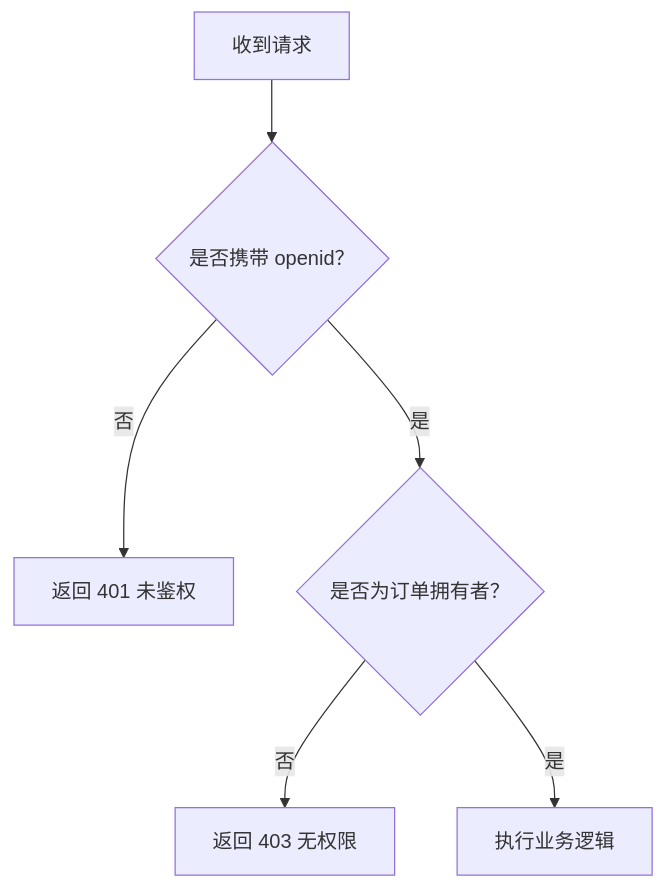
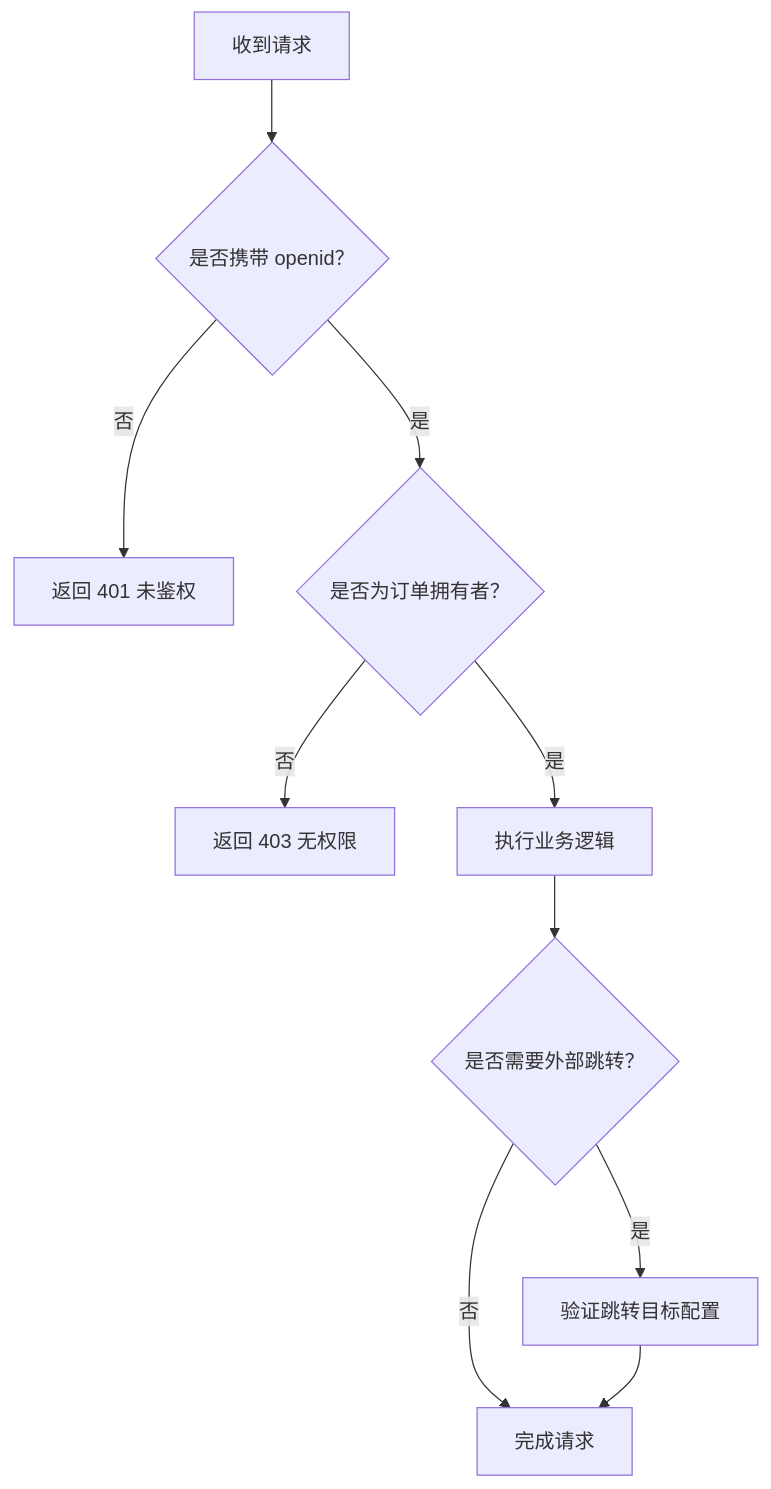
The sixth of 10 diagrams in .qoder/repowiki/zh/content/云端服务/SKILL服务端点/星巴克咖啡SKILL.md (Ichi-Hackton/WAIC-WeChat-MiniProgram), drawn with Mermaid before and after one commit. The commit also changed other lines of this file and 26 other files, not shown here.

````diff
--- a/.qoder/repowiki/zh/content/云端服务/SKILL服务端点/星巴克咖啡SKILL.md
+++ b/.qoder/repowiki/zh/content/云端服务/SKILL服务端点/星巴克咖啡SKILL.md
@@ -283,8 +351,12 @@
 ```mermaid
 flowchart TD
 Req["收到请求"] --> HasOpenID{"是否携带 openid？"}
 HasOpenID --> |否| Unauthorized["返回 401 未鉴权"]
 HasOpenID --> |是| CheckOwner{"是否为订单拥有者？"}
 CheckOwner --> |否| Forbidden["返回 403 无权限"]
 CheckOwner --> |是| Proceed["执行业务逻辑"]
+Proceed --> JumpCheck{"是否需要外部跳转？"}
+JumpCheck --> |是| ValidateTarget["验证跳转目标配置"]
+JumpCheck --> |否| Complete["完成请求"]
+ValidateTarget --> Complete
 ```
````
